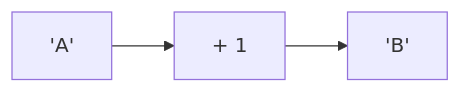
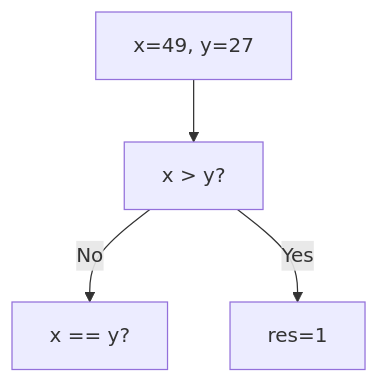
Before and after one commit to amnahwaida/OSNK_INF_PREP: diagram 13 of 25 in part-c-pemahaman-cpp/02-percabangan/latihan/set-02.md, drawn with Mermaid. The commit also changed other lines of this file and 71 other files, not shown here.

````diff
--- a/part-c-pemahaman-cpp/02-percabangan/latihan/set-02.md
+++ b/part-c-pemahaman-cpp/02-percabangan/latihan/set-02.md
@@ -293,5 +364,6 @@
 ```mermaid
-graph LR
-A["'A'"] --> B["+ 1"]
-B --> C["'B'"]
+graph TD
+A["x=49, y=27"] --> B["x > y?"]
+B -- No --> C["x == y?"]
+B -- Yes --> D[res=1]
 ```
````
